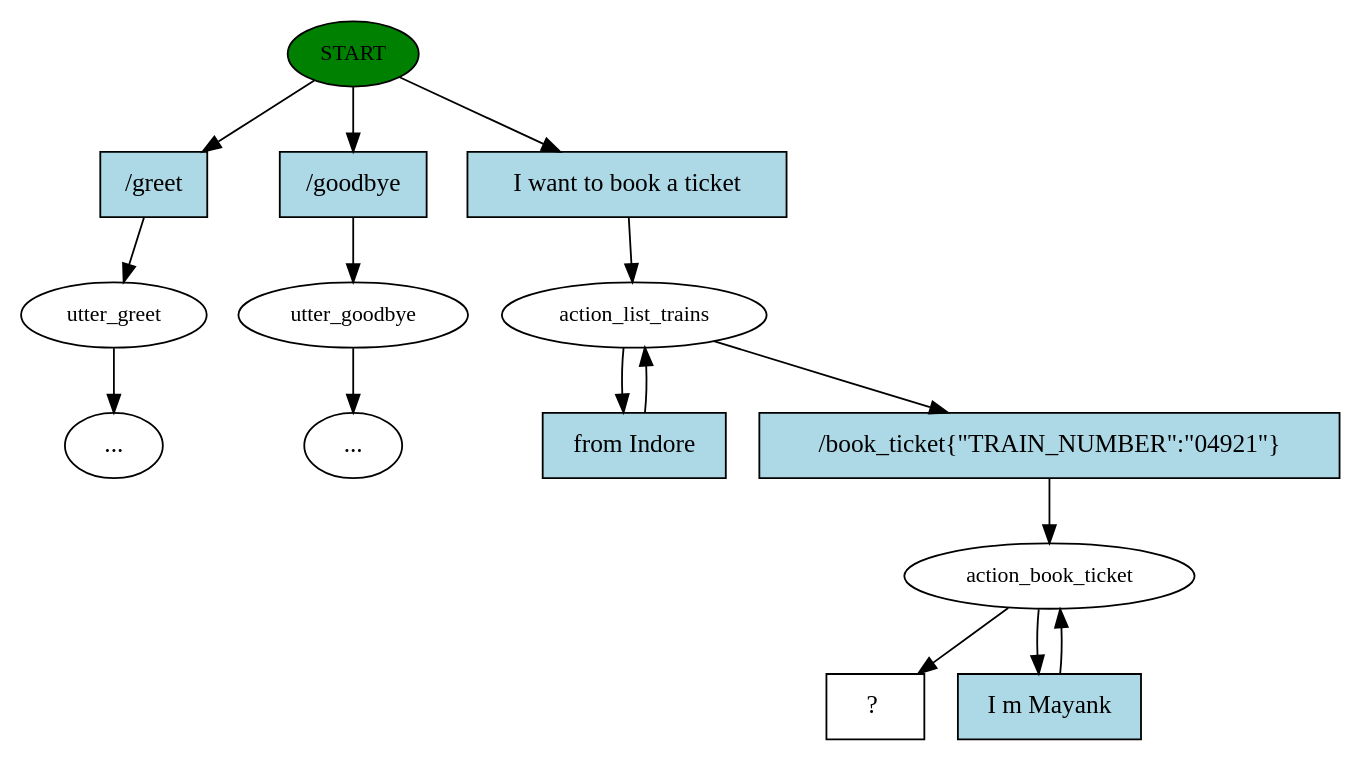
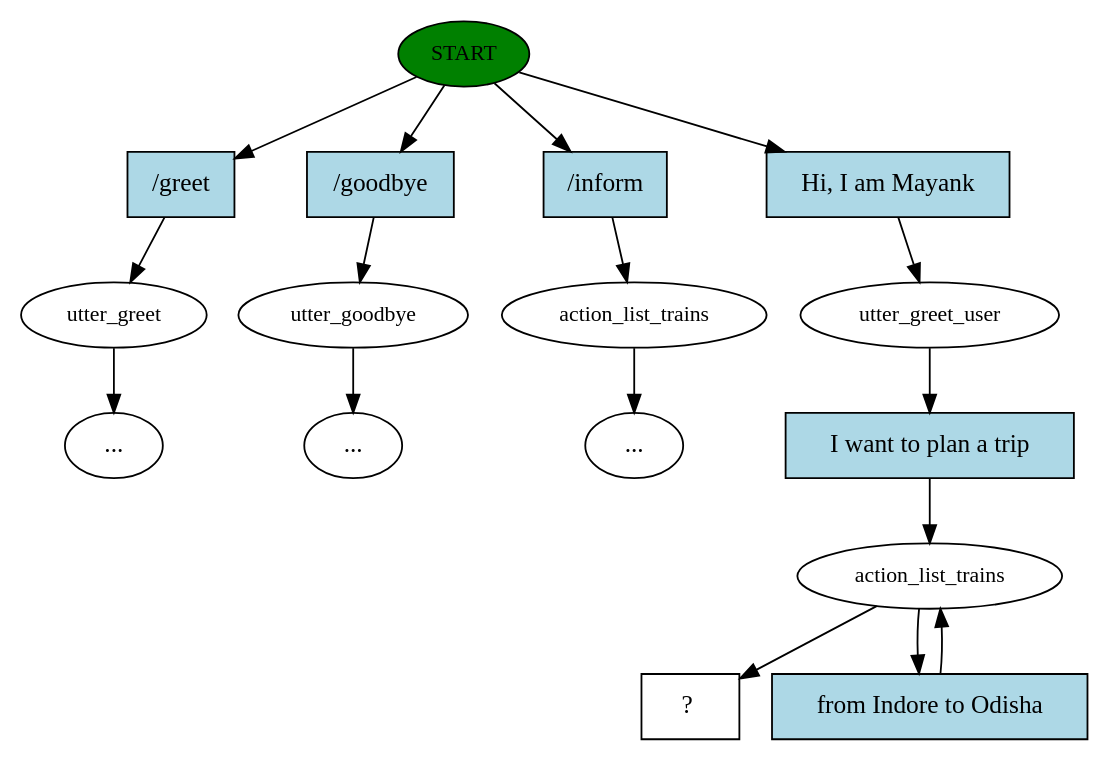
Before and after one commit to mayank31313/Railway-Bot: the diagram in story_graph.dot, drawn with Graphviz. The commit also changed 14 other files, not shown here.

```diff
--- a/story_graph.dot
+++ b/story_graph.dot
@@ -1,31 +1,34 @@
 digraph  {
 0 [class="start active", fillcolor=green, fontsize=12, label=START, style=filled];
 1 [class="", fontsize=12, label=utter_greet];
-3 [class="", fontsize=12, label=utter_goodbye];
 "-5" [class=ellipsis, label="..."];
+4 [class="", fontsize=12, label=utter_goodbye];
 "-6" [class=ellipsis, label="..."];
-5 [class=active, fontsize=12, label=action_list_trains];
-8 [class=active, fontsize=12, label=action_book_ticket];
-10 [class="intent dashed active", label="  ?  ", shape=rect];
-11 [class=intent, fillcolor=lightblue, label="/greet", shape=rect, style=filled];
-12 [class=intent, fillcolor=lightblue, label="/goodbye", shape=rect, style=filled];
-13 [class="intent active", fillcolor=lightblue, label="I\ want\ to\ book\ a\ ticket", shape=rect, style=filled];
-14 [class="intent active", fillcolor=lightblue, label="from\ Indore", shape=rect, style=filled];
-15 [class="intent active", fillcolor=lightblue, label="/book_ticket\{\"TRAIN_NUMBER\":\"04921\"\}", shape=rect, style=filled];
-16 [class="intent active", fillcolor=lightblue, label="I\ m\ Mayank", shape=rect, style=filled];
+5 [class="", fontsize=12, label=action_list_trains];
+"-7" [class=ellipsis, label="..."];
+6 [class=active, fontsize=12, label=utter_greet_user];
+7 [class=active, fontsize=12, label=action_list_trains];
+9 [class="intent dashed active", label="  ?  ", shape=rect];
+10 [class=intent, fillcolor=lightblue, label="/greet", shape=rect, style=filled];
+11 [class=intent, fillcolor=lightblue, label="/goodbye", shape=rect, style=filled];
+12 [class=intent, fillcolor=lightblue, label="/inform", shape=rect, style=filled];
+13 [class="intent active", fillcolor=lightblue, label="Hi,\ I\ am\ Mayank", shape=rect, style=filled];
+14 [class="intent active", fillcolor=lightblue, label="I\ want\ to\ plan\ a\ trip", shape=rect, style=filled];
+15 [class="intent active", fillcolor=lightblue, label="from\ Indore\ to\ Odisha", shape=rect, style=filled];
+0 -> 10  [class="", key=0];
 0 -> 11  [class="", key=0];
 0 -> 12  [class="", key=0];
 0 -> 13  [class=active, key=0];
-1 -> "-6"  [class="", key=NONE, label=""];
-3 -> "-5"  [class="", key=NONE, label=""];
-5 -> 14  [class=active, key=0];
-5 -> 15  [class=active, key=0];
-8 -> 10  [class=active, key=NONE, label=""];
-8 -> 16  [class=active, key=0];
-11 -> 1  [class="", key=0];
-12 -> 3  [class="", key=0];
-13 -> 5  [class=active, key=0];
-14 -> 5  [class=active, key=0];
-15 -> 8  [class=active, key=0];
-16 -> 8  [class=active, key=0];
+1 -> "-5"  [class="", key=NONE, label=""];
+4 -> "-6"  [class="", key=NONE, label=""];
+5 -> "-7"  [class="", key=NONE, label=""];
+6 -> 14  [class=active, key=0];
+7 -> 9  [class=active, key=NONE, label=""];
+7 -> 15  [class=active, key=0];
+10 -> 1  [class="", key=0];
+11 -> 4  [class="", key=0];
+12 -> 5  [class="", key=0];
+13 -> 6  [class=active, key=0];
+14 -> 7  [class=active, key=0];
+15 -> 7  [class=active, key=0];
 }
```
